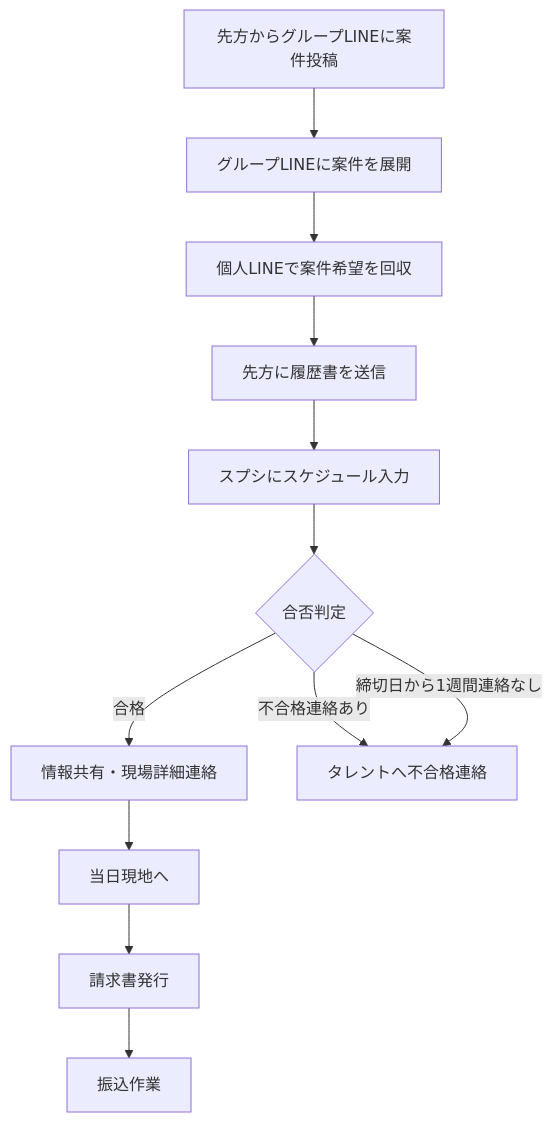
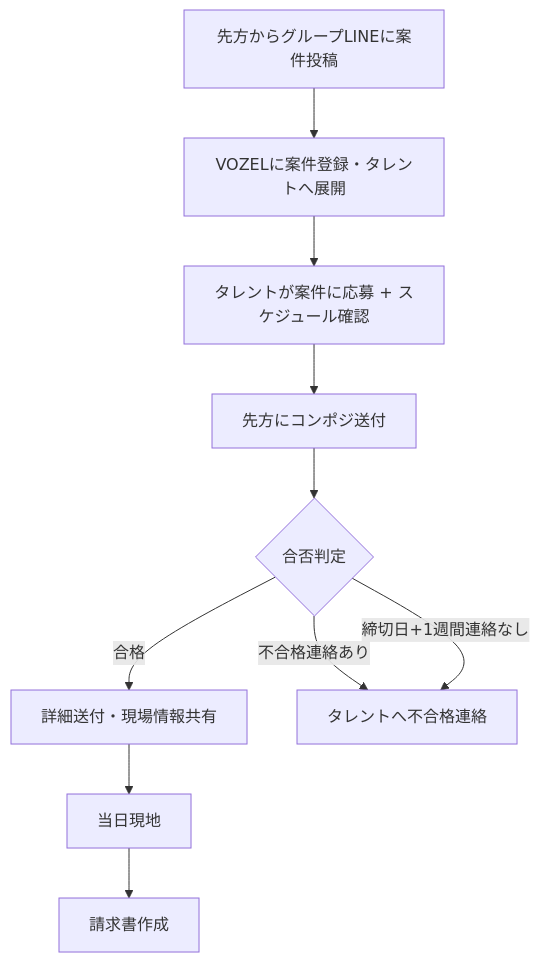
One commit to SaAsuka/aemi changed the fourth of 4 diagrams in README.md. Above: the diagram before and after it, drawn with Mermaid. The commit also changed other lines of this file, not shown here.

````diff
--- a/README.md
+++ b/README.md
@@ -44,14 +77,12 @@
 ```mermaid
 flowchart TD
-    A[先方からグループLINEに案件投稿] --> B[グループLINEに案件を展開]
-    B --> C[個人LINEで案件希望を回収]
-    C --> D[先方に履歴書を送信]
-    D --> E[スプシにスケジュール入力]
-    E --> F{合否判定}
-    F -->|合格| G[情報共有・現場詳細連絡]
-    G --> H[当日現地へ]
-    H --> I[請求書発行]
-    I --> J[振込作業]
-    F -->|不合格連絡あり| K[タレントへ不合格連絡]
-    F -->|締切日から1週間連絡なし| K
+    A[先方からグループLINEに案件投稿] --> B[VOZELに案件登録・タレントへ展開]
+    B --> C[タレントが案件に応募 + スケジュール確認]
+    C --> D[先方にコンポジ送付]
+    D --> E{合否判定}
+    E -->|合格| F[詳細送付・現場情報共有]
+    F --> G[当日現地]
+    G --> H[請求書作成]
+    E -->|不合格連絡あり| I[タレントへ不合格連絡]
+    E -->|締切日+1週間連絡なし| I[タレントへ不合格連絡]
 ```
````
